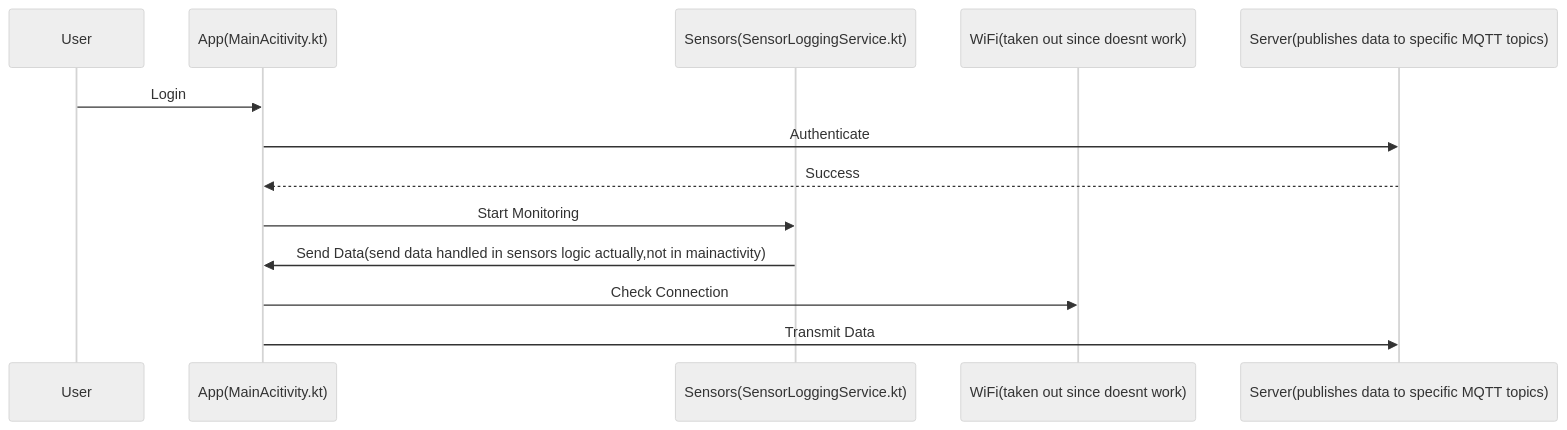
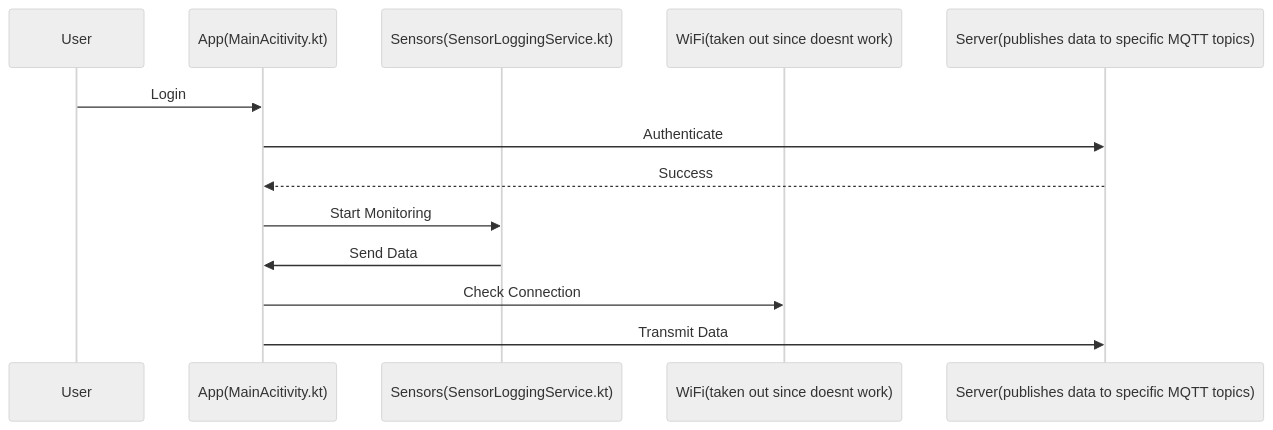
Before and after one commit to rcznp/test_doc_2: the second of 2 diagrams in README.md, drawn with Mermaid (neutral theme). The commit also changed other lines of this file, not shown here.

````diff
--- a/README.md
+++ b/README.md
@@ -38,16 +38,16 @@
 ```mermaid
 sequenceDiagram
     participant U as User
     participant A as App(MainAcitivity.kt)
     participant S as Sensors(SensorLoggingService.kt)
     participant W as WiFi(taken out since doesnt work)
     participant API as Server(publishes data to specific MQTT topics)
 
     U->>A: Login
     A->>API: Authenticate
     API-->>A: Success
     A->>S: Start Monitoring
-    S->>A: Send Data(send data handled in sensors logic actually,not in mainactivity)
+    S->>A: Send Data
     A->>W: Check Connection
     A->>API: Transmit Data
 ```
````
